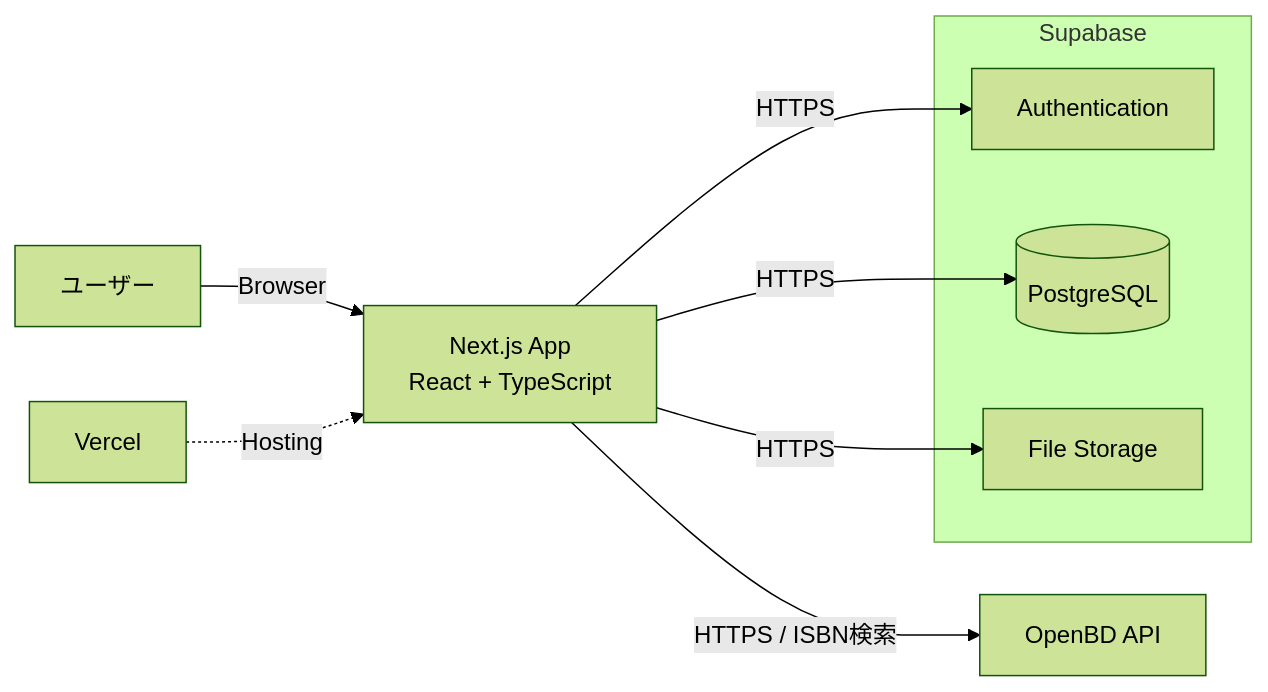
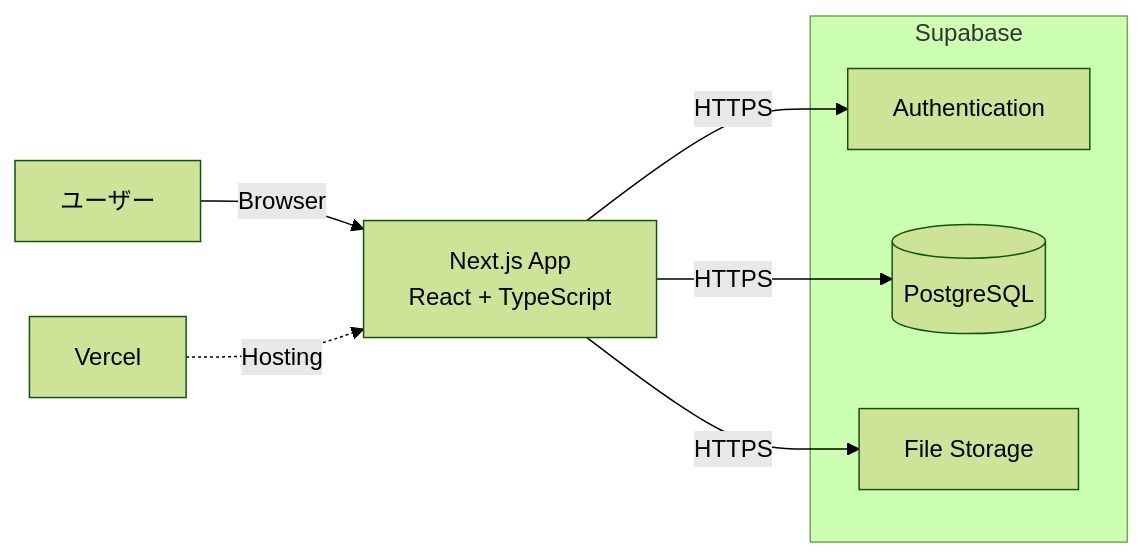
The diagram in docs/diagrams/system/architecture.md (rmiyazak28/reading-notes-app), drawn with Mermaid (forest theme) before and after one commit. The commit also changed 7 other files, not shown here.

````diff
--- a/docs/diagrams/system/architecture.md
+++ b/docs/diagrams/system/architecture.md
@@ -5,26 +5,22 @@
 ```mermaid
 flowchart LR
 
     User[ユーザー]
 
     Front[Next.js App\nReact + TypeScript]
     Vercel[Vercel]
-
-    OpenBD[OpenBD API]
 
     subgraph Supabase
         Auth[Authentication]
         DB[(PostgreSQL)]
         Storage[File Storage]
     end
 
     User -->|Browser| Front
 
     Front -->|HTTPS| Auth
     Front -->|HTTPS| DB
     Front -->|HTTPS| Storage
 
-    Front -->|HTTPS / ISBN検索| OpenBD
-
     Vercel -. Hosting .-> Front
 ```
````
